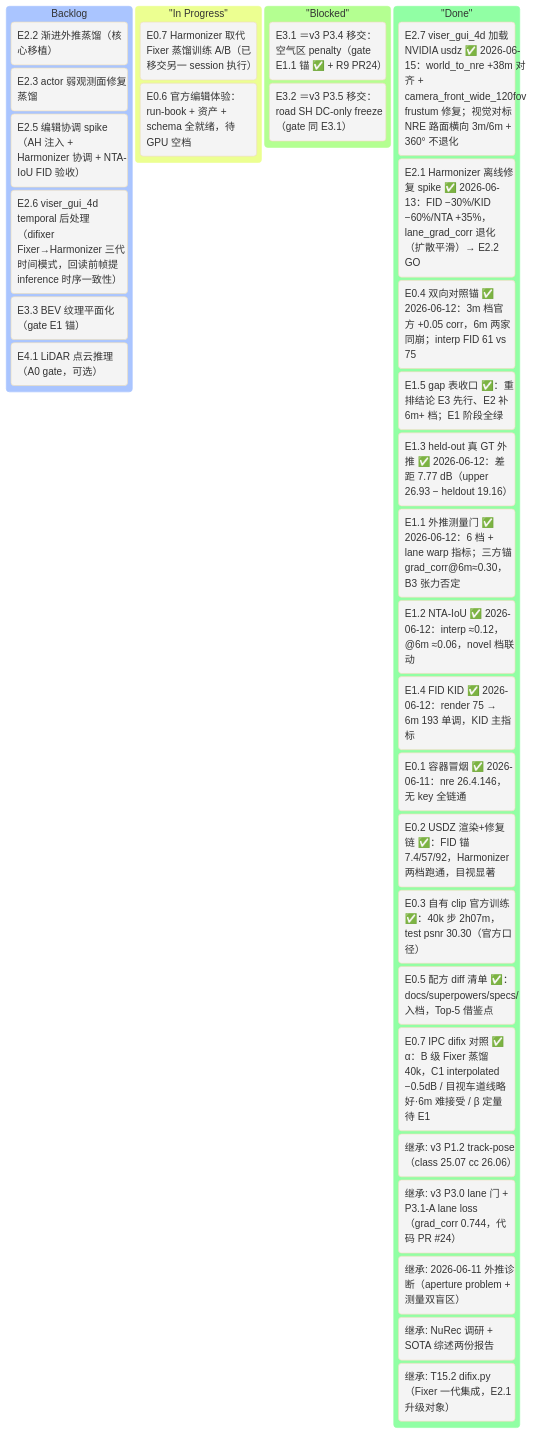
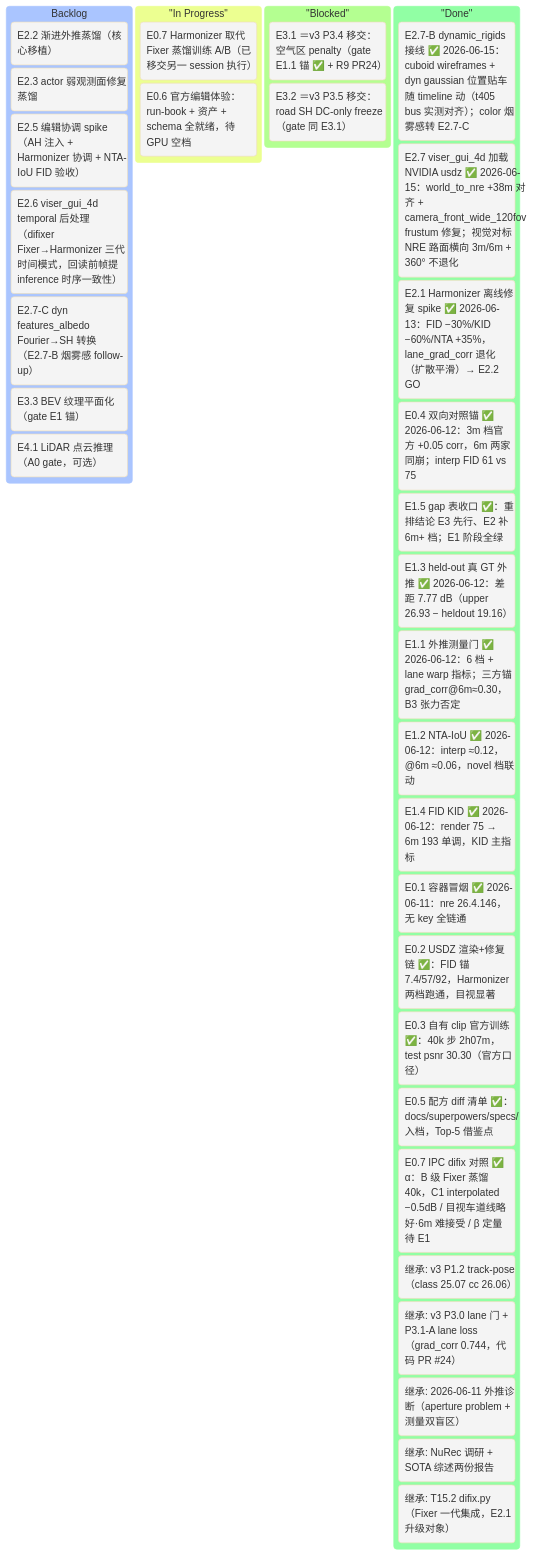
The first of 2 diagrams in v4_plan.md (etendue/3dgrut), drawn with Mermaid before and after one commit. The commit also changed other lines of this file, not shown here.

First line of the commit message:
docs(plan): mark E2.7-B ✅ + add E2.7-C follow-up in v4_plan

````diff
--- a/v4_plan.md
+++ b/v4_plan.md
@@ -67,39 +67,41 @@
 ```mermaid
 %%{init: {'theme':'base'}}%%
 kanban
     Backlog
         [E2.2 渐进外推蒸馏（核心移植）]
         [E2.3 actor 弱观测面修复蒸馏]
         [E2.5 编辑协调 spike（AH 注入 + Harmonizer 协调 + NTA-IoU FID 验收）]
         [E2.6 viser_gui_4d temporal 后处理（difixer Fixer→Harmonizer 三代时间模式，回读前帧提 inference 时序一致性）]
+        [E2.7-C dyn features_albedo Fourier→SH 转换（E2.7-B 烟雾感 follow-up）]
         [E3.3 BEV 纹理平面化（gate E1 锚）]
         [E4.1 LiDAR 点云推理（A0 gate，可选）]
 
     "In Progress"
         [E0.7 Harmonizer 取代 Fixer 蒸馏训练 A/B（已移交另一 session 执行）]
         [E0.6 官方编辑体验：run-book + 资产 + schema 全就绪，待 GPU 空档]
 
     "Blocked"
         [E3.1 ＝v3 P3.4 移交：空气区 penalty（gate E1.1 锚 ✅ + R9 PR24）]
         [E3.2 ＝v3 P3.5 移交：road SH DC-only freeze（gate 同 E3.1）]
 
     "Done"
+        [E2.7-B dynamic_rigids 接线 ✅ 2026-06-15：cuboid wireframes + dyn gaussian 位置贴车随 timeline 动（t405 bus 实测对齐）；color 烟雾感转 E2.7-C]
         [E2.7 viser_gui_4d 加载 NVIDIA usdz ✅ 2026-06-15：world_to_nre +38m 对齐 + camera_front_wide_120fov frustum 修复；视觉对标 NRE 路面横向 3m/6m + 360° 不退化]
         [E2.1 Harmonizer 离线修复 spike ✅ 2026-06-13：FID −30%/KID −60%/NTA +35%，lane_grad_corr 退化（扩散平滑）→ E2.2 GO]
         [E0.4 双向对照锚 ✅ 2026-06-12：3m 档官方 +0.05 corr，6m 两家同崩；interp FID 61 vs 75]
         [E1.5 gap 表收口 ✅：重排结论 E3 先行、E2 补 6m+ 档；E1 阶段全绿]
         [E1.3 held-out 真 GT 外推 ✅ 2026-06-12：差距 7.77 dB（upper 26.93 − heldout 19.16）]
         [E1.1 外推测量门 ✅ 2026-06-12：6 档 + lane warp 指标；三方锚 grad_corr@6m≈0.30，B3 张力否定]
         [E1.2 NTA-IoU ✅ 2026-06-12：interp ≈0.12，@6m ≈0.06，novel 档联动]
         [E1.4 FID KID ✅ 2026-06-12：render 75 → 6m 193 单调，KID 主指标]
         [E0.1 容器冒烟 ✅ 2026-06-11：nre 26.4.146，无 key 全链通]
         [E0.2 USDZ 渲染+修复链 ✅：FID 锚 7.4/57/92，Harmonizer 两档跑通，目视显著]
         [E0.3 自有 clip 官方训练 ✅：40k 步 2h07m，test psnr 30.30（官方口径）]
         [E0.5 配方 diff 清单 ✅：docs/superpowers/specs/ 入档，Top-5 借鉴点]
         [E0.7 IPC difix 对照 ✅ α：B 级 Fixer 蒸馏 40k，C1 interpolated −0.5dB / 目视车道线略好·6m 难接受 / β 定量待 E1]
         [继承: v3 P1.2 track-pose（class 25.07 cc 26.06）]
         [继承: v3 P3.0 lane 门 + P3.1-A lane loss（grad_corr 0.744，代码 PR #24）]
         [继承: 2026-06-11 外推诊断（aperture problem + 测量双盲区）]
         [继承: NuRec 调研 + SOTA 综述两份报告]
         [继承: T15.2 difix.py（Fixer 一代集成，E2.1 升级对象）]
 ```
````
